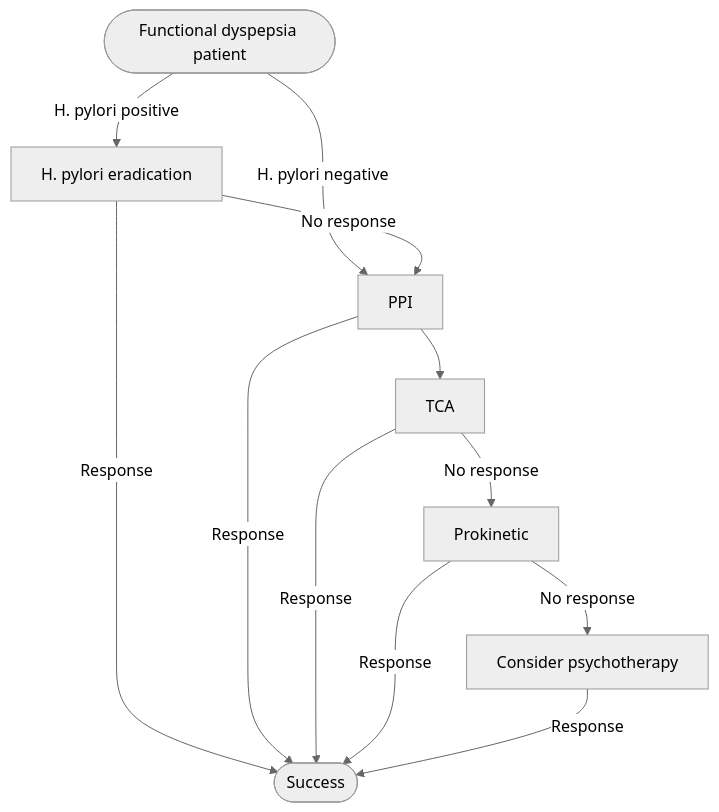
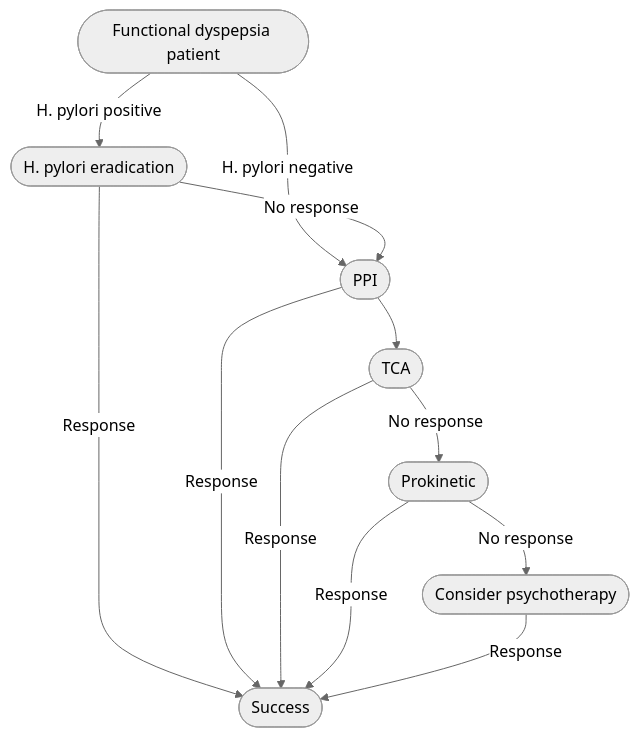
One commit to KHNickLeMD/KHNL-GI-Wiki changed the diagram in KHNL-GI-Wiki/wiki/1-disease-scripts/foregut-and-motility-diseases/gastric/functional-dyspepsia.md. Above: the diagram before and after it, drawn with Mermaid (neutral theme). The commit also changed other lines of this file and 22 other files, not shown here.

````diff
--- a/KHNL-GI-Wiki/wiki/1-disease-scripts/foregut-and-motility-diseases/gastric/functional-dyspepsia.md
+++ b/KHNL-GI-Wiki/wiki/1-disease-scripts/foregut-and-motility-diseases/gastric/functional-dyspepsia.md
@@ -113,17 +115,17 @@
 ```mermaid
 flowchart TD
-    A(["Functional dyspepsia patient"]) -- "H. pylori positive" --> B["H. pylori eradication"]
-    A -- "H. pylori negative" --> C["PPI"]
+    A(["Functional dyspepsia patient"]) -- "H. pylori positive" --> B(["H. pylori eradication"])
+    A -- "H. pylori negative" --> C(["PPI"])
     B -- "No response" --> C
-    C --> D["TCA"]
-    D -- "No response" --> E["Prokinetic"]
-    E -- "No response" --> F["Consider psychotherapy"]
+    C --> D(["TCA"])
+    D -- "No response" --> E(["Prokinetic"])
+    E -- "No response" --> F(["Consider psychotherapy"])
     B -- "Response" --> S(["Success"])
     C -- "Response" --> S
     D -- "Response" --> S
     E -- "Response" --> S
     F -- "Response" --> S
     class A start
-    class B,C,D,E,F test
-    class S act
+    class B,C,D,E,F act
+    class S stop
 ```
````
